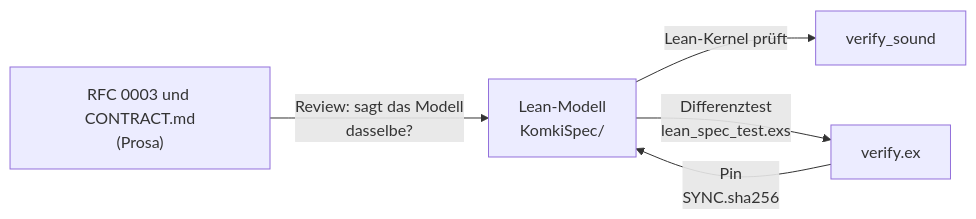
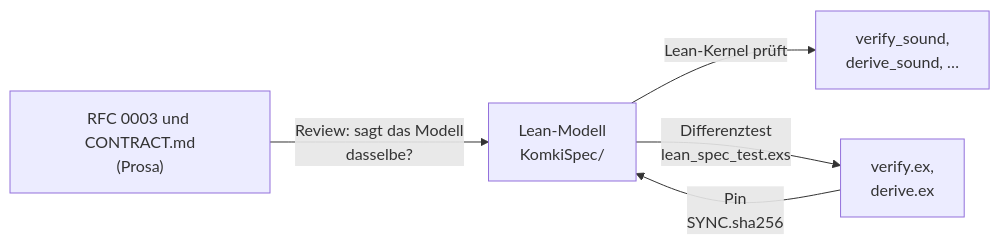
Before and after one commit to croesnick/kommunalpolitik_ki: the diagram in apps/komki_policy/lean/README.md, drawn with Mermaid. The commit also changed other lines of this file and 5 other files, not shown here.

First line of the commit message:
komki_policy: Review-Befunde zum Lean-Modell von derive (Ticket #629)

````diff
--- a/apps/komki_policy/lean/README.md
+++ b/apps/komki_policy/lean/README.md
@@ -49,7 +49,7 @@
 ```mermaid
 flowchart LR
   RFC["RFC 0003 und CONTRACT.md<br/>(Prosa)"] -->|"Review: sagt das Modell<br/>dasselbe?"| Modell["Lean-Modell<br/>KomkiSpec/"]
-  Modell -->|"Lean-Kernel prüft"| Beweis["verify_sound"]
-  Modell -->|"Differenztest<br/>lean_spec_test.exs"| Elixir["verify.ex"]
+  Modell -->|"Lean-Kernel prüft"| Beweis["verify_sound,<br/>derive_sound, …"]
+  Modell -->|"Differenztest<br/>lean_spec_test.exs"| Elixir["verify.ex,<br/>derive.ex"]
   Elixir -->|"Pin<br/>SYNC.sha256"| Modell
 ```
````
